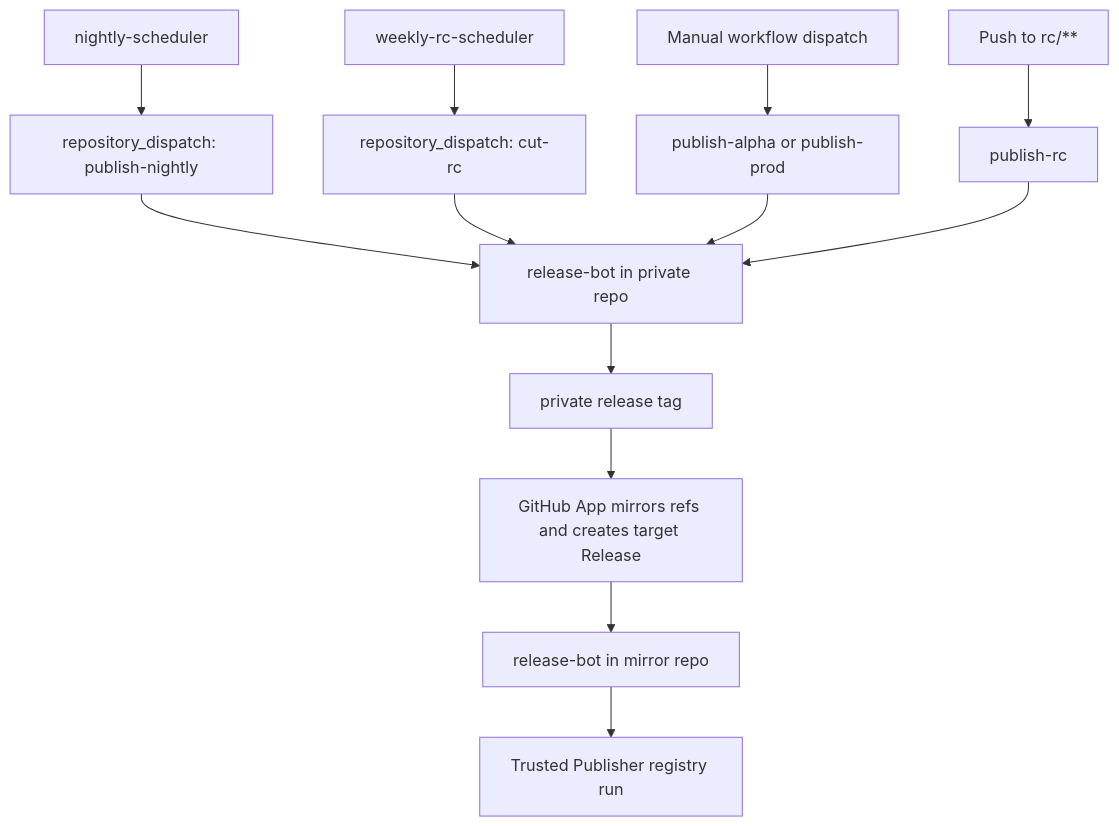
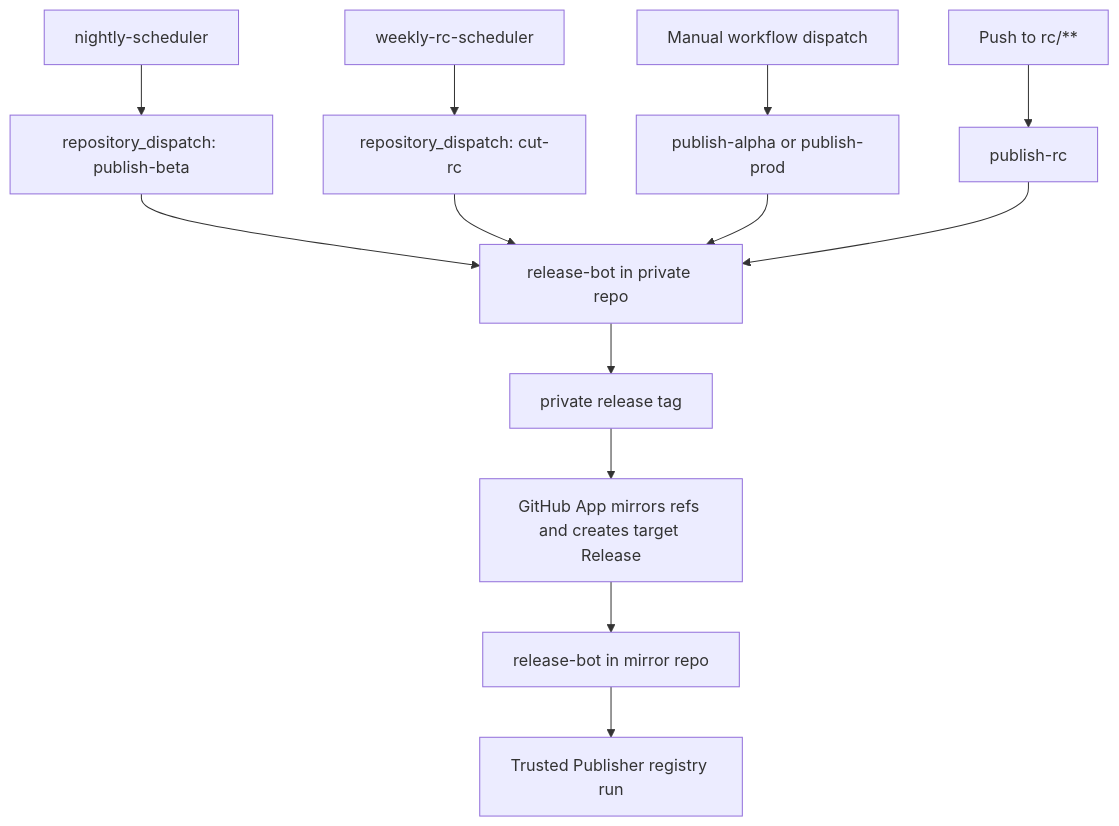
The diagram in README.md (loomb-oai/test-public-repo), drawn with Mermaid before and after one commit. The commit also changed other lines of this file and 2 other files, not shown here.

````diff
--- a/README.md
+++ b/README.md
@@ -106,15 +106,15 @@
 ```mermaid
 flowchart TD
-  A["nightly-scheduler"] --> C["repository_dispatch: publish-nightly"]
+  A["nightly-scheduler"] --> C["repository_dispatch: publish-beta"]
   B["weekly-rc-scheduler"] --> D["repository_dispatch: cut-rc"]
   E["Manual workflow dispatch"] --> F["publish-alpha or publish-prod"]
   G["Push to rc/**"] --> H["publish-rc"]
   C --> I["release-bot in private repo"]
   D --> I
   F --> I
   H --> I
   I --> J["private release tag"]
   J --> K["GitHub App mirrors refs and creates target Release"]
   K --> L["release-bot in mirror repo"]
   L --> M["Trusted Publisher registry run"]
 ```
````
